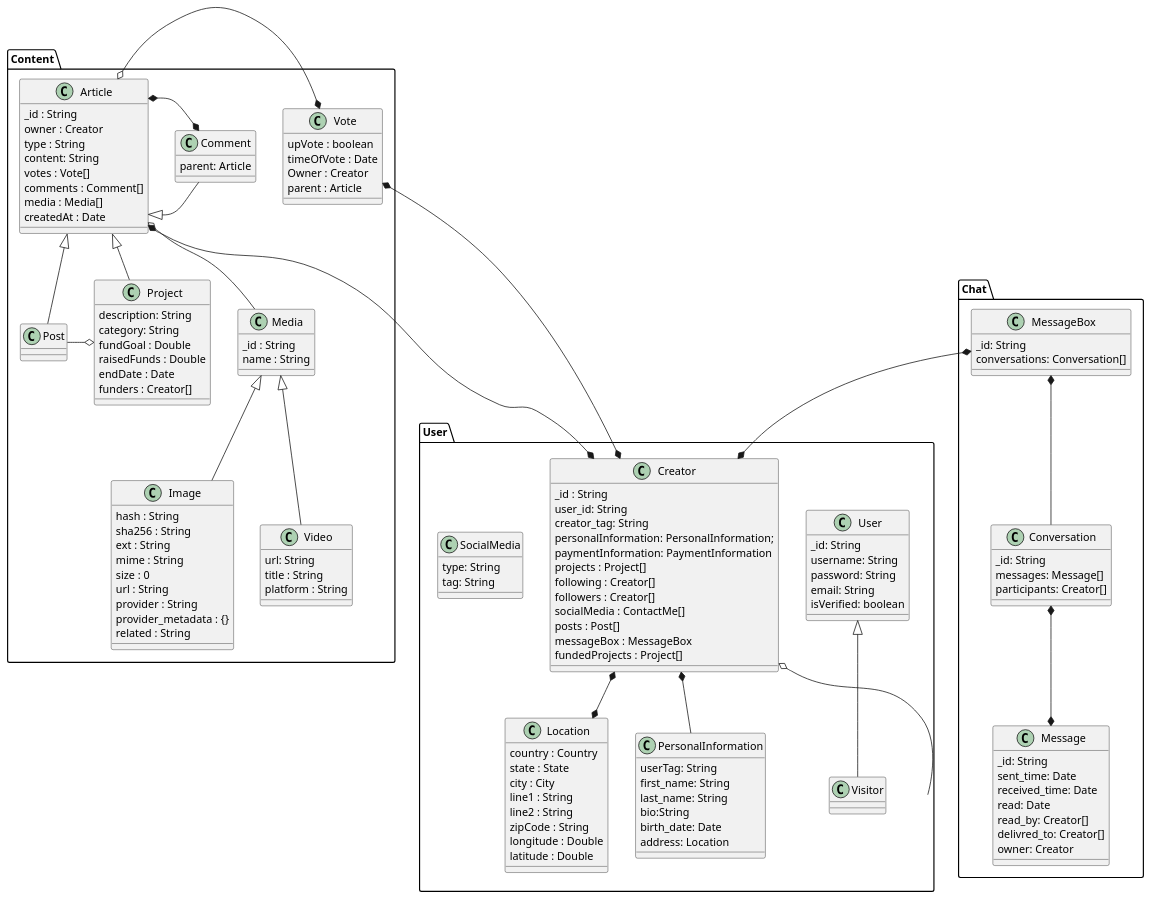
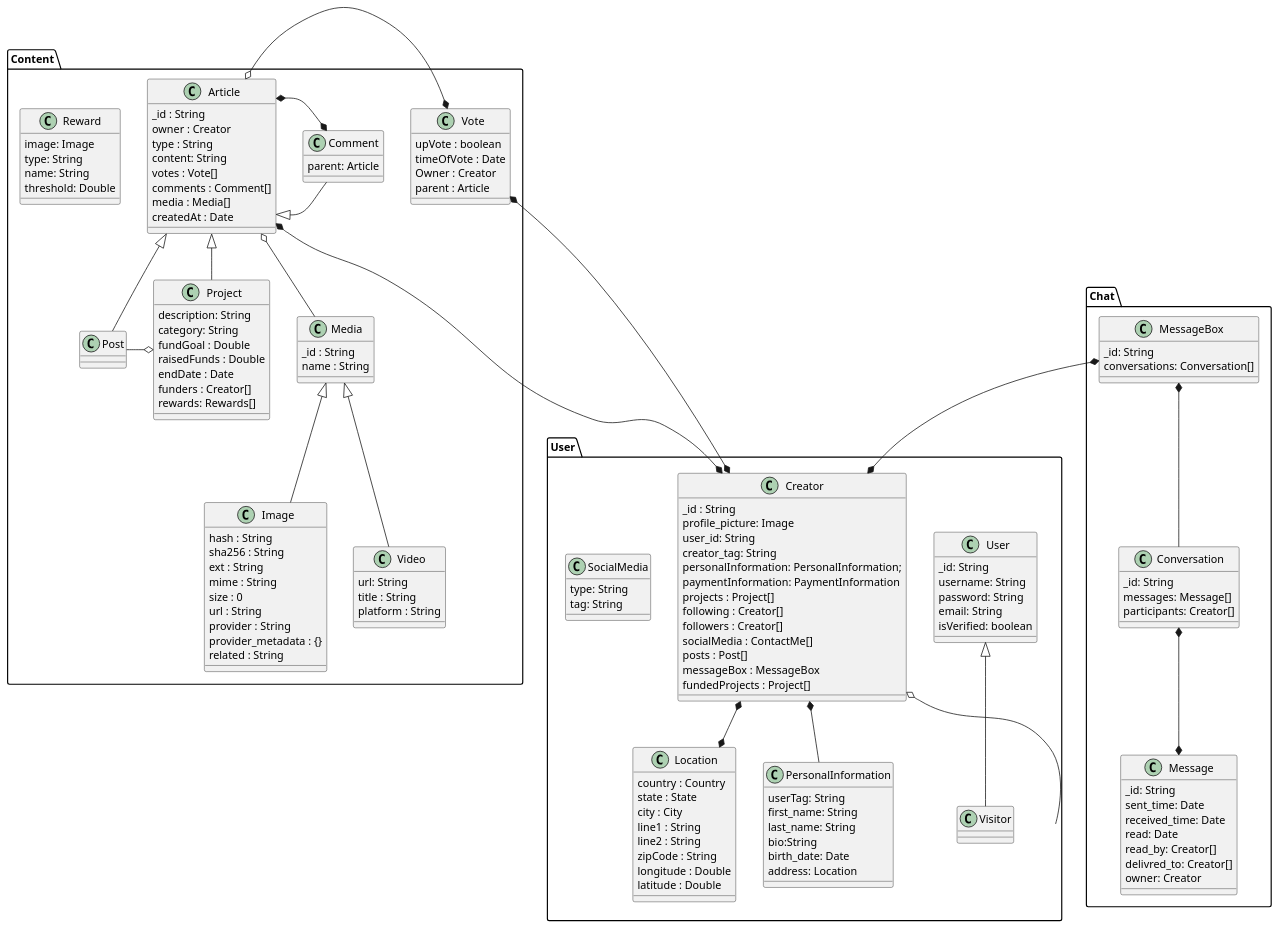
The diagram in Conception/Diagrams/plantUml/Class Diagrams/User.puml (mlnomadpy/Sahem), drawn with PlantUML before and after one commit. The commit also changed 48 other files, not shown here.

```diff
--- a/Conception/Diagrams/plantUml/Class Diagrams/User.puml
+++ b/Conception/Diagrams/plantUml/Class Diagrams/User.puml
@@ -1,161 +1,169 @@
 @startuml User
 
 
 package Content{
     class Post extends Article{
     }
     class Vote{
         upVote : boolean
         timeOfVote : Date
         Owner : Creator
         parent : Article
     }
     class Project extends Article{
         description: String
         category: String
         fundGoal : Double
         raisedFunds : Double
         endDate : Date
         funders : Creator[]
+        rewards: Rewards[]
     }
 
     class Comment extends Article{
         parent: Article
     }
     class Article{
         _id : String
         owner : Creator
         type : String
         content: String
         votes : Vote[]
         comments : Comment[]
         media : Media[]
         createdAt : Date
 
     }
     class Media{
         _id : String
         name : String
 
 
     }
     class Image extends Media{
         hash : String
         sha256 : String
         ext : String
         mime : String
         size : 0
         url : String
         provider : String
         provider_metadata : {}
         related : String
 
     }
     class Video extends Media{
         url: String
         title : String
         platform : String
+    }
+    class Reward {
+        image: Image
+        type: String
+        name: String
+        threshold: Double
     }
     Article o-* Vote
     Article *-right-* Comment
     Project o-left- Post
     Article o-- Media
 
 }
 package Chat {
 
     class MessageBox{
         _id: String
         conversations: Conversation[]
     }
     class Conversation{
         _id: String
         messages: Message[]
         participants: Creator[]
     }
     class Message{
         _id: String
         sent_time: Date
         received_time: Date
         read: Date
         read_by: Creator[]
         delivred_to: Creator[]
         owner: Creator
     }
 
 
 }
 
 package User{
 
     class User {
         _id: String
         username: String
         password: String
         email: String
         isVerified: boolean
     }
 
     
 
     class Creator{
         _id : String
+        profile_picture: Image
         user_id: String
         creator_tag: String
         personalInformation: PersonalInformation;
         paymentInformation: PaymentInformation
         projects : Project[]
         following : Creator[]
         followers : Creator[]
         socialMedia : ContactMe[]
         posts : Post[]
         messageBox : MessageBox
         fundedProjects : Project[]
     }
 
     class Visitor extends User{
 
     }
 
     class Location{
         country : Country
         state : State
         city : City
         line1 : String
         line2 : String
         zipCode : String
         longitude : Double
         latitude : Double
     }
 
     class SocialMedia{
         type: String
         tag: String
     }
 
     class PersonalInformation{
         userTag: String
         first_name: String
         last_name: String
         bio:String
         birth_date: Date
         address: Location
 
     }
 }
 
 
 
 MessageBox  *--*  Creator
 
 Article  *--*  Creator
 
 Creator *--* Location
 Creator *-- PersonalInformation
 Vote  *---*  Creator
 Creator o-- User
 MessageBox  *-down-  Conversation
 Message  *-up-*  Conversation
 
 
 @enduml
```
